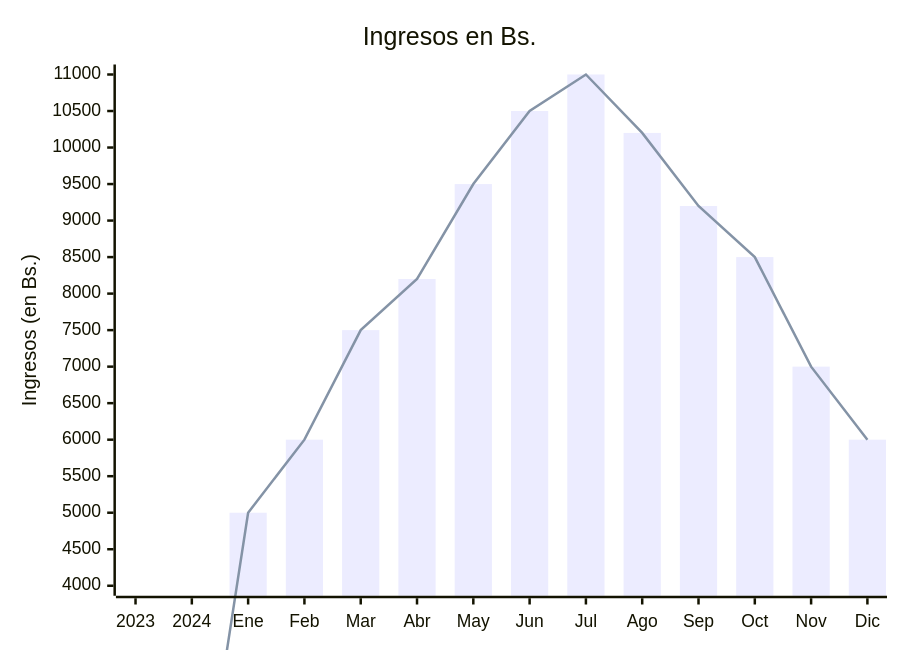
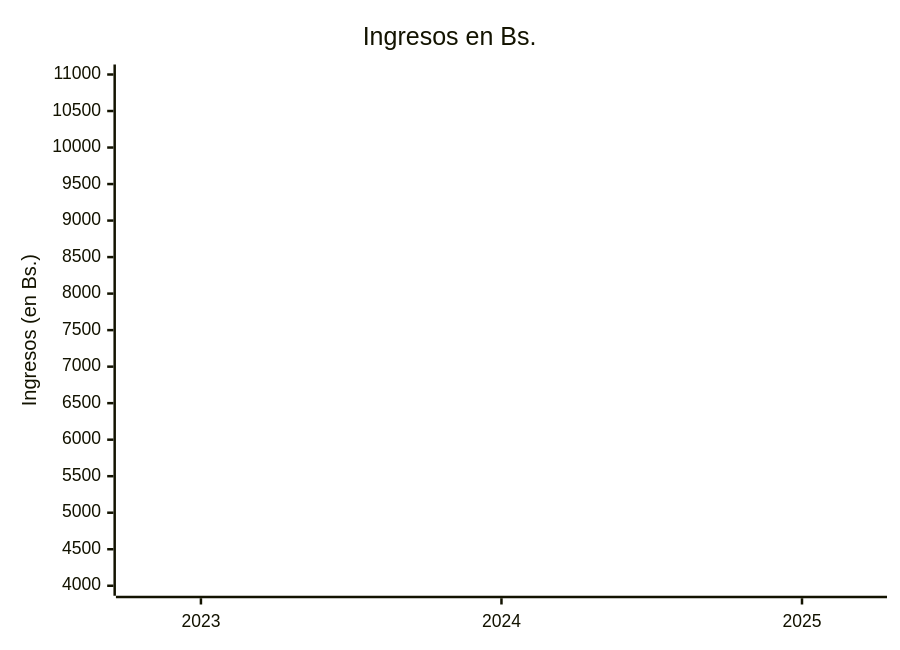
Before and after one commit to Condominio-Santa-Maria/.github: the diagram in profile/README.md, drawn with Mermaid.

````diff
--- a/profile/README.md
+++ b/profile/README.md
@@ -17,9 +17,9 @@
 ```mermaid
 xychart-beta
     title "Ingresos en Bs."
-    x-axis [2023, 2024, Ene, Feb, Mar, Abr, May, Jun, Jul, Ago, Sep, Oct, Nov, Dic]
+    x-axis [2023, 2024, 2025]
     y-axis "Ingresos (en Bs.)" 4000 --> 11000
-    bar [0, 0, 5000, 6000, 7500, 8200, 9500, 10500, 11000, 10200, 9200, 8500, 7000, 6000]
-    line [0, 0, 5000, 6000, 7500, 8200, 9500, 10500, 11000, 10200, 9200, 8500, 7000, 6000]
+    bar [0, 0, 0]
+    line [0, 0, 0]
 
 ```
````
